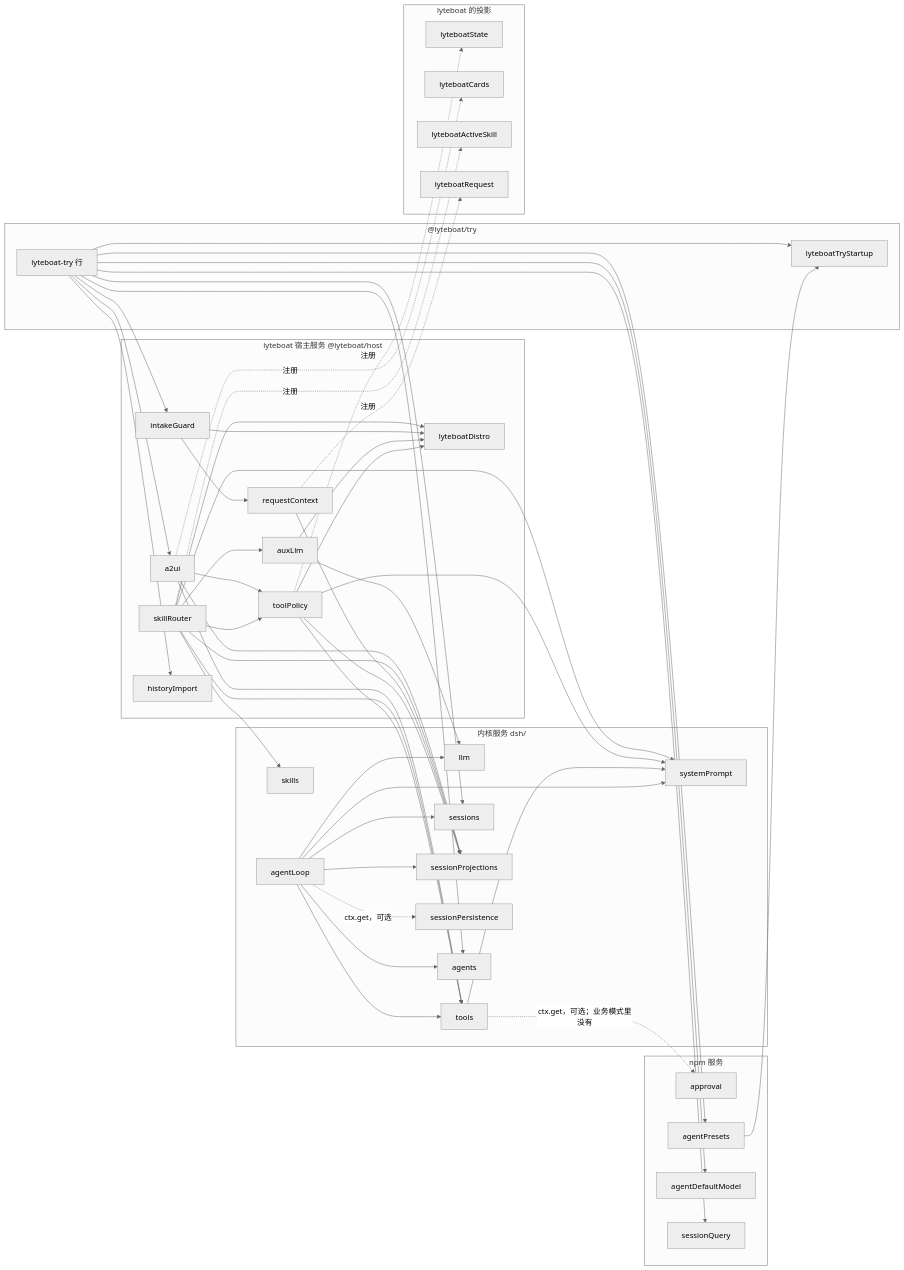
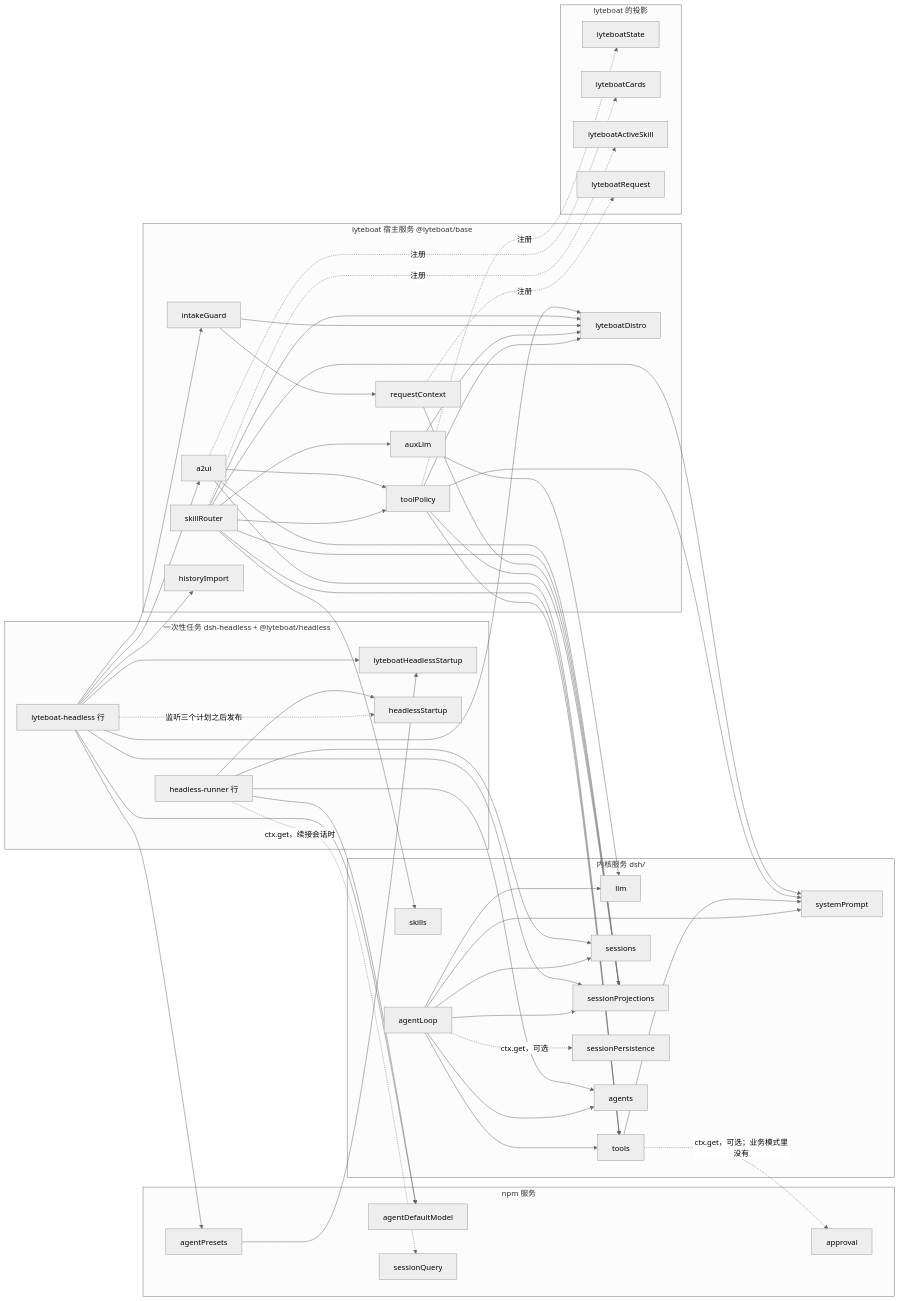
Before and after one commit to lyteboat/lyteboat: the third of 11 diagrams in docs/01-architecture.md, drawn with Mermaid (neutral theme). The commit also changed other lines of this file and 13 other files, not shown here.

````diff
--- a/docs/01-architecture.md
+++ b/docs/01-architecture.md
@@ -167,56 +169,61 @@
 ```mermaid
 flowchart LR
   subgraph KS["内核服务 dsh/"]
     llm["llm"]
     tools["tools"]
     skills["skills"]
     sessions["sessions"]
     sp["systemPrompt"]
     proj["sessionProjections"]
     persist["sessionPersistence"]
     agentsS["agents"]
     loop["agentLoop"]
   end
   subgraph NS["npm 服务"]
     approval["approval"]
     presets["agentPresets"]
     dm["agentDefaultModel"]
     sq["sessionQuery"]
   end
-  subgraph BS["lyteboat 宿主服务 @lyteboat/host"]
+  subgraph BS["lyteboat 宿主服务 @lyteboat/base"]
     distro["lyteboatDistro"]
     tp["toolPolicy"]
     aux["auxLlm"]
     rc["requestContext"]
     ig["intakeGuard"]
     sr["skillRouter"]
     a2ui["a2ui"]
     hi["historyImport"]
   end
-  subgraph RS["@lyteboat/try"]
-    startup["lyteboatTryStartup"]
-    runner["lyteboat-try 行"]
+  subgraph RS["一次性任务 dsh-headless + @lyteboat/headless"]
+    startup["lyteboatHeadlessStartup"]
+    hooks["lyteboat-headless 行"]
+    hstart["headlessStartup"]
+    runner["headless-runner 行"]
   end
   subgraph PS["lyteboat 的投影"]
     pState["lyteboatState"]
     pCards["lyteboatCards"]
     pSkill["lyteboatActiveSkill"]
     pReq["lyteboatRequest"]
   end
   loop --> agentsS & sessions & llm & tools & sp & proj
   tools --> sp
   tp --> tools & proj & sp & distro
   aux --> llm & distro
   rc --> proj
   ig --> rc & distro
   sr --> skills & aux & proj & sp & tools & tp & distro
   a2ui --> tools & tp & proj
   presets --> startup
-  runner --> dm & agentsS & presets & sessions & sq & hi & a2ui & ig & startup
+  hooks --> distro & dm & presets & proj & hi & a2ui & ig & startup
+  hooks -.->|"监听三个计划之后发布"| hstart
+  runner --> dm & agentsS & sessions & hstart
+  runner -.->|"ctx.get，续接会话时"| sq
   tp -.->|"注册"| pState
   a2ui -.->|"注册"| pCards
   sr -.->|"注册"| pSkill
   rc -.->|"注册"| pReq
   tools -.->|"ctx.get，可选；业务模式里没有"| approval
   loop -.->|"ctx.get，可选"| persist
 ```
````
